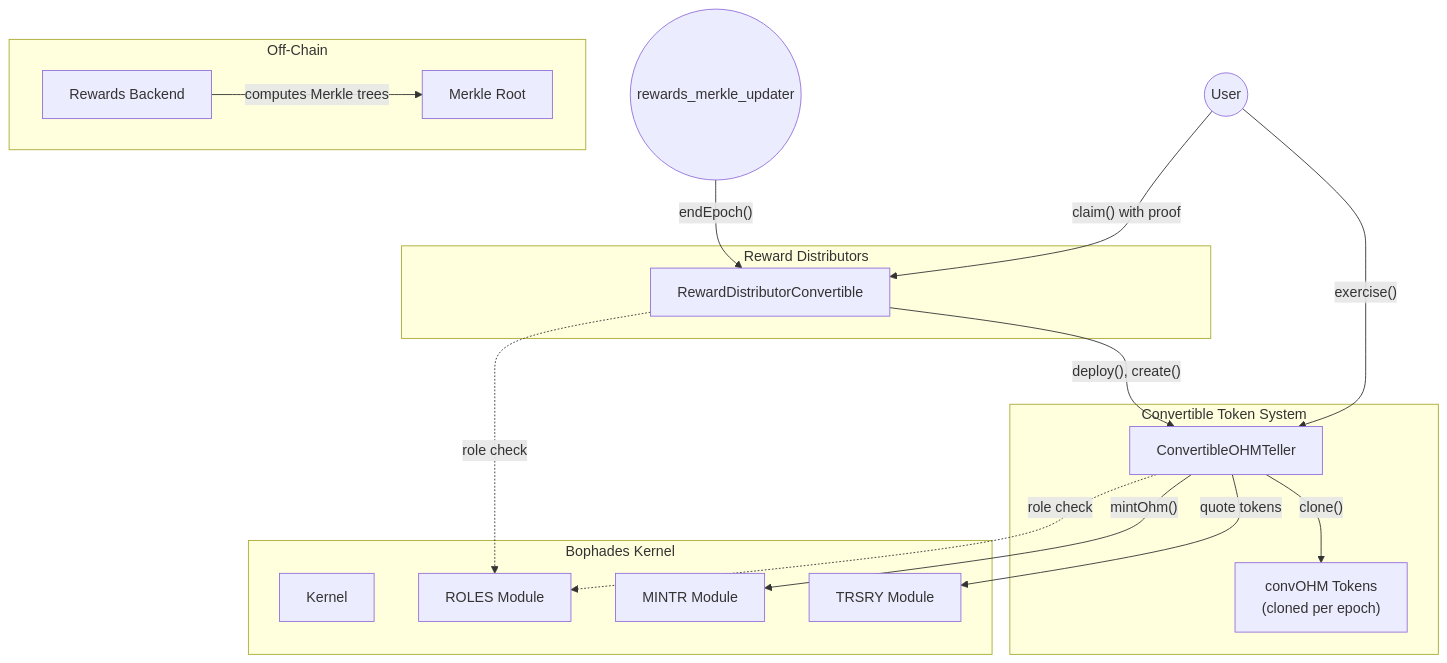
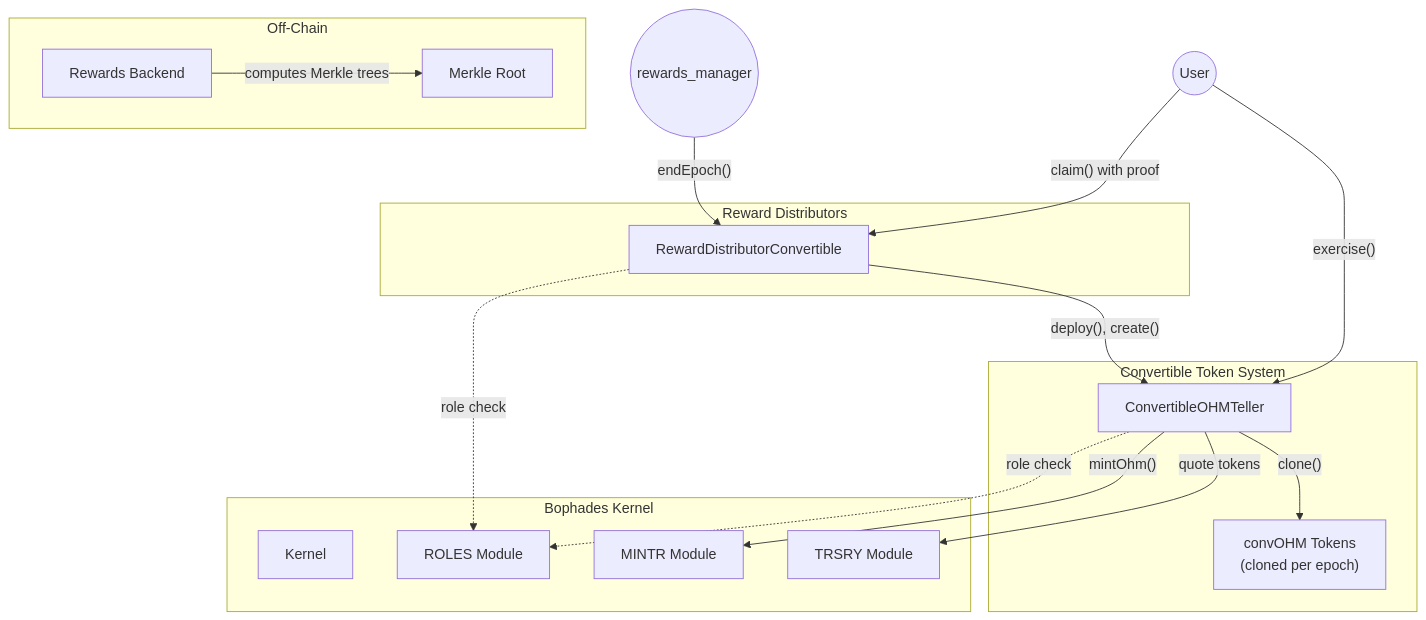
One commit to OlympusDAO/olympus-v3 changed the first of 6 diagrams in audit/2026-02_rewards/README.md. Above: the diagram before and after it, drawn with Mermaid. The commit also changed other lines of this file and 4 other files, not shown here.

Commit message:
fix: rename `role_merkle_updater` to `role_rewards_manager`

````diff
--- a/audit/2026-02_rewards/README.md
+++ b/audit/2026-02_rewards/README.md
@@ -131,37 +131,37 @@
 ```mermaid
 flowchart TD
     subgraph Off-Chain
         Backend["Rewards Backend"]
         Backend -->|"computes Merkle trees"| MerkleRoot["Merkle Root"]
     end
 
     subgraph Bophades Kernel
         Kernel["Kernel"]
         ROLES["ROLES Module"]
         MINTR["MINTR Module"]
         TRSRY["TRSRY Module"]
     end
 
     subgraph Reward Distributors
         DistConv["RewardDistributorConvertible"]
     end
 
     subgraph Convertible Token System
         Teller["ConvertibleOHMTeller"]
         ConvToken["convOHM Tokens\n(cloned per epoch)"]
     end
 
-    Admin((rewards_merkle_updater)) -->|"endEpoch()"| DistConv
+    Admin((rewards_manager)) -->|"endEpoch()"| DistConv
 
     DistConv -->|"deploy(), create()"| Teller
     Teller -->|"clone()"| ConvToken
 
     User((User)) -->|"claim() with proof"| DistConv
     User -->|"exercise()"| Teller
 
     Teller -->|"mintOhm()"| MINTR
     Teller -->|"quote tokens"| TRSRY
 
     DistConv -.->|"role check"| ROLES
     Teller -.->|"role check"| ROLES
 ```
````
